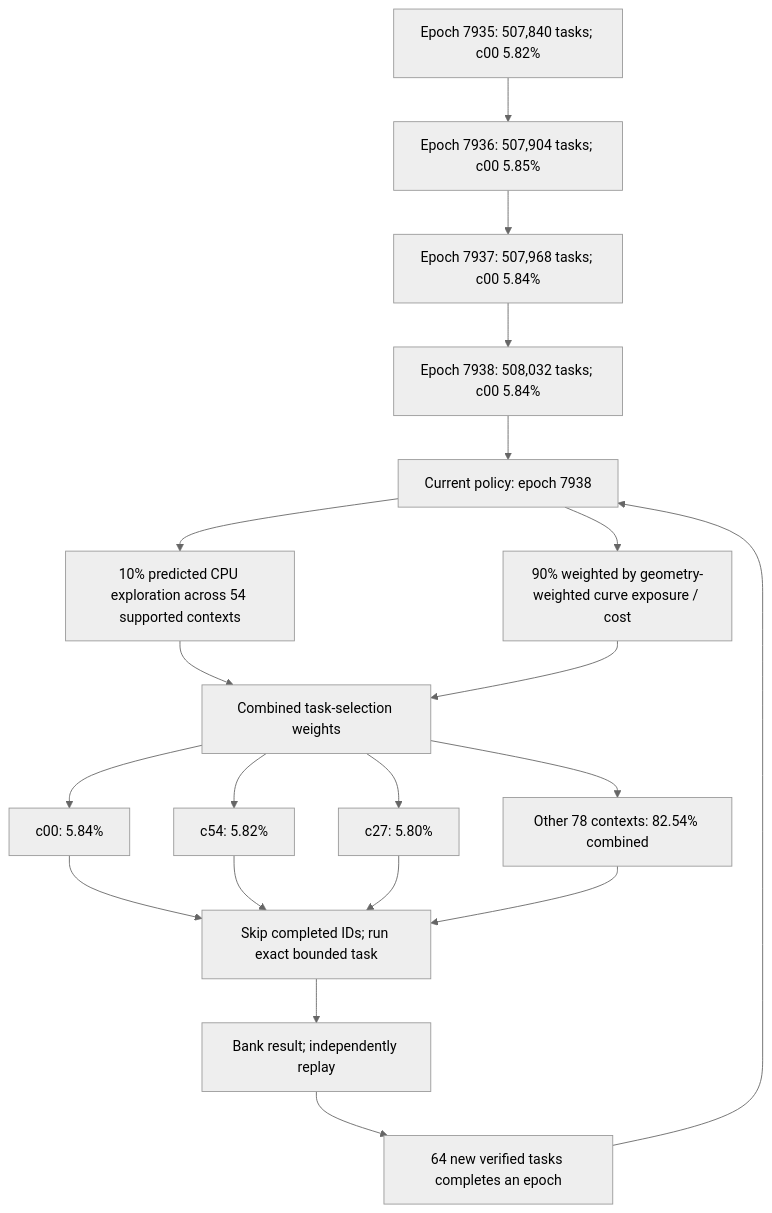
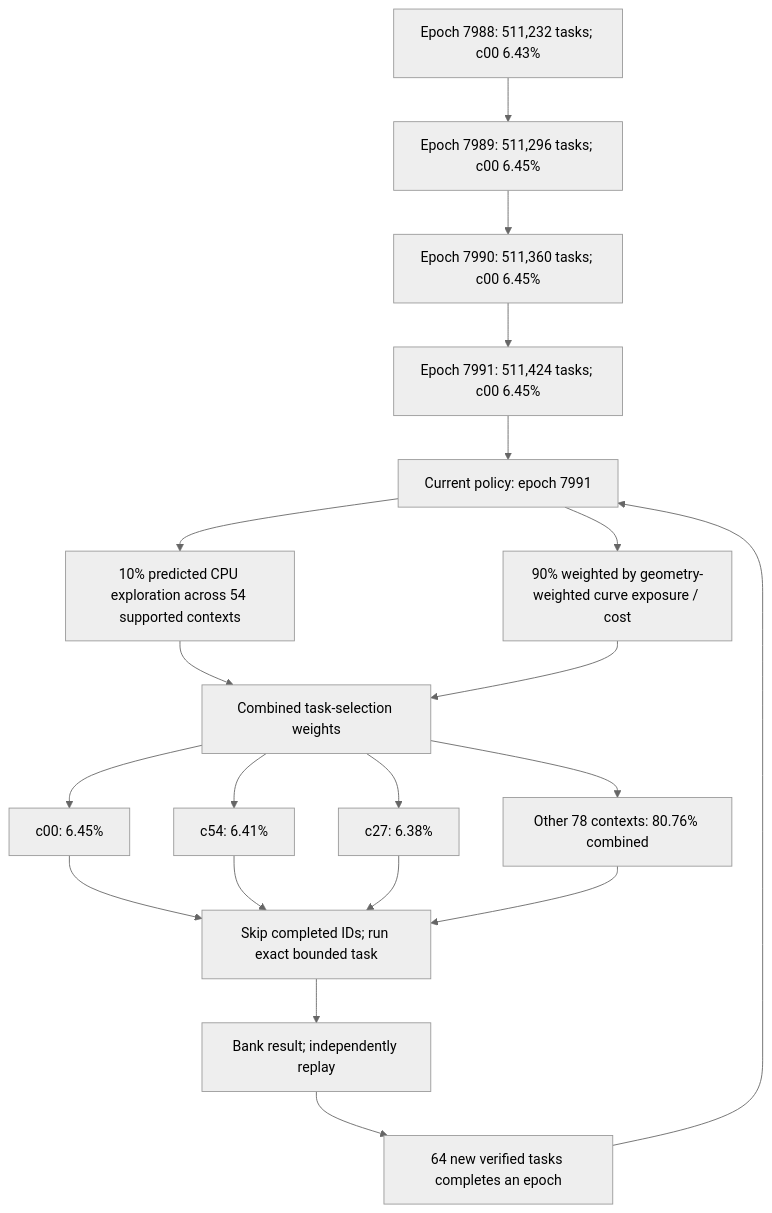
The first of 4 diagrams in README.md (Kuberwastaken/math-gambling), drawn with Mermaid (neutral theme) before and after one commit. The commit also changed other lines of this file and 7453 other files, not shown here.

````diff
--- a/README.md
+++ b/README.md
@@ -60,27 +60,27 @@
 ```mermaid
 flowchart TD
-    H0["Epoch 7935: 507,840 tasks; c00 5.82%"]
-    H1["Epoch 7936: 507,904 tasks; c00 5.85%"]
+    H0["Epoch 7988: 511,232 tasks; c00 6.43%"]
+    H1["Epoch 7989: 511,296 tasks; c00 6.45%"]
     H0 --> H1
-    H2["Epoch 7937: 507,968 tasks; c00 5.84%"]
+    H2["Epoch 7990: 511,360 tasks; c00 6.45%"]
     H1 --> H2
-    H3["Epoch 7938: 508,032 tasks; c00 5.84%"]
+    H3["Epoch 7991: 511,424 tasks; c00 6.45%"]
     H2 --> H3
-    Policy["Current policy: epoch 7938"]
+    Policy["Current policy: epoch 7991"]
     H3 --> Policy
     Policy --> Explore["10% predicted CPU exploration across 54 supported contexts"]
     Policy --> Cost["90% weighted by geometry-weighted curve exposure / cost"]
     Explore --> Mix["Combined task-selection weights"]
     Cost --> Mix
-    Mix --> C0["c00: 5.84%"]
-    Mix --> C1["c54: 5.82%"]
-    Mix --> C2["c27: 5.80%"]
-    Mix --> Rest["Other 78 contexts: 82.54% combined"]
+    Mix --> C0["c00: 6.45%"]
+    Mix --> C1["c54: 6.41%"]
+    Mix --> C2["c27: 6.38%"]
+    Mix --> Rest["Other 78 contexts: 80.76% combined"]
     C0 --> Check["Skip completed IDs; run exact bounded task"]
     C1 --> Check
     C2 --> Check
     Rest --> Check
     Check --> Replay["Bank result; independently replay"]
     Replay --> Gate["64 new verified tasks completes an epoch"]
     Gate --> Policy
 ```
````
